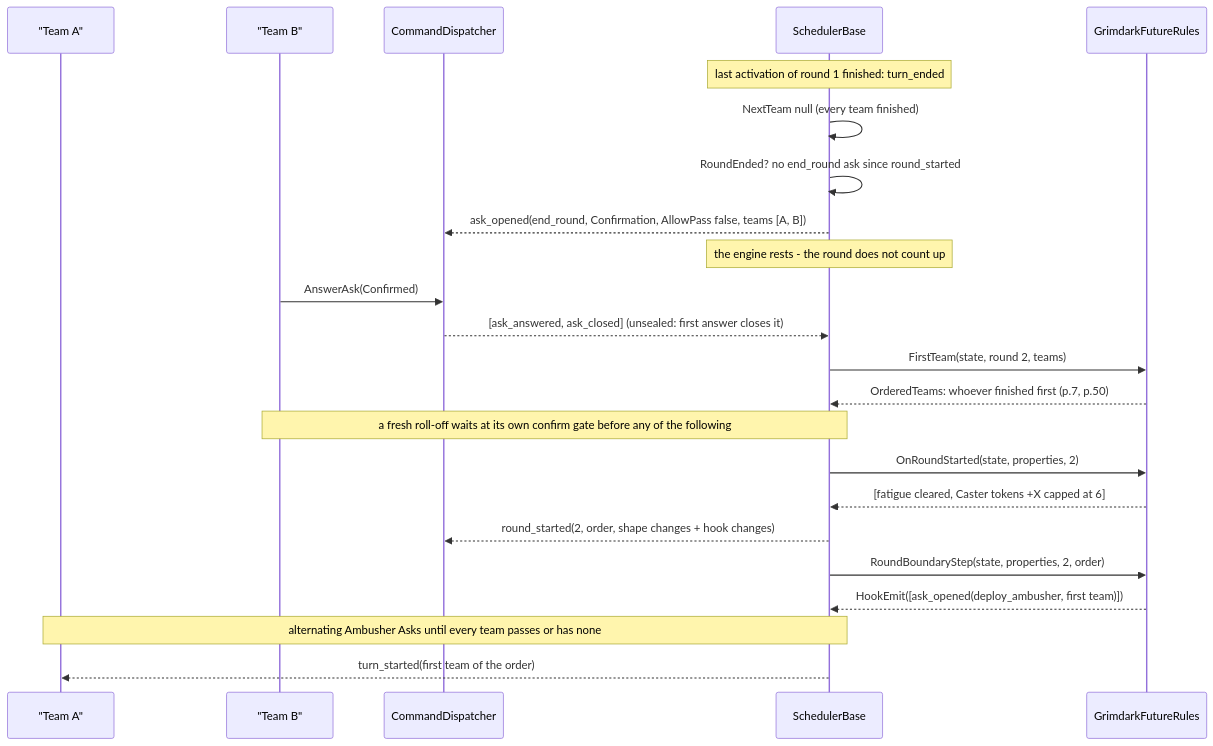
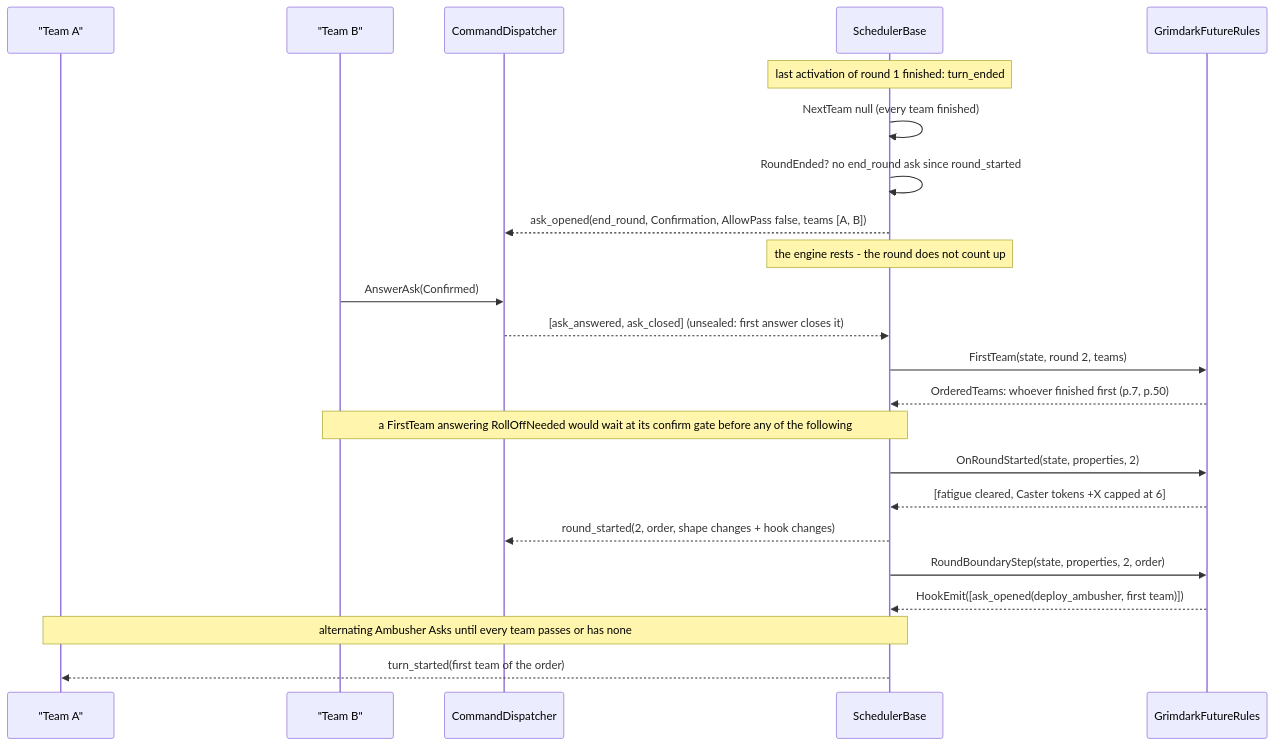
Before and after one commit to cstupi/tabletop: the ninth of 10 diagrams in docs/design/scheduler/design.md, drawn with Mermaid. The commit also changed other lines of this file and 39 other files, not shown here.

````diff
--- a/docs/design/scheduler/design.md
+++ b/docs/design/scheduler/design.md
@@ -975,26 +967,26 @@
 ```mermaid
 sequenceDiagram
     participant A as "Team A"
     participant B as "Team B"
     participant D as CommandDispatcher
     participant Sc as SchedulerBase
     participant R as GrimdarkFutureRules
 
     Note over Sc: last activation of round 1 finished: turn_ended
     Sc->>Sc: NextTeam null (every team finished)
     Sc->>Sc: RoundEnded? no end_round ask since round_started
     Sc-->>D: ask_opened(end_round, Confirmation, AllowPass false, teams [A, B])
     Note over Sc: the engine rests - the round does not count up
     B->>D: AnswerAsk(Confirmed)
     D-->>Sc: [ask_answered, ask_closed] (unsealed: first answer closes it)
     Sc->>R: FirstTeam(state, round 2, teams)
     R-->>Sc: OrderedTeams: whoever finished first (p.7, p.50)
-    Note over Sc,B: a fresh roll-off waits at its own confirm gate before any of the following
+    Note over Sc,B: a FirstTeam answering RollOffNeeded would wait at its confirm gate before any of the following
     Sc->>R: OnRoundStarted(state, properties, 2)
     R-->>Sc: [fatigue cleared, Caster tokens +X capped at 6]
     Sc-->>D: round_started(2, order, shape changes + hook changes)
     Sc->>R: RoundBoundaryStep(state, properties, 2, order)
     R-->>Sc: HookEmit([ask_opened(deploy_ambusher, first team)])
     Note over Sc,A: alternating Ambusher Asks until every team passes or has none
     Sc-->>A: turn_started(first team of the order)
 ```
````
